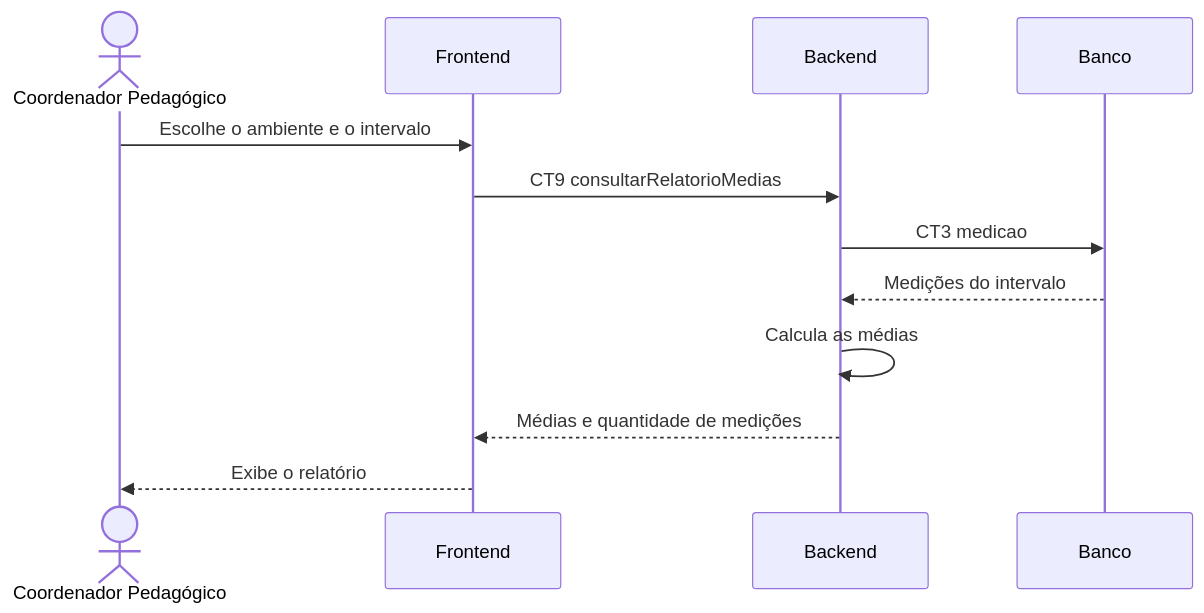
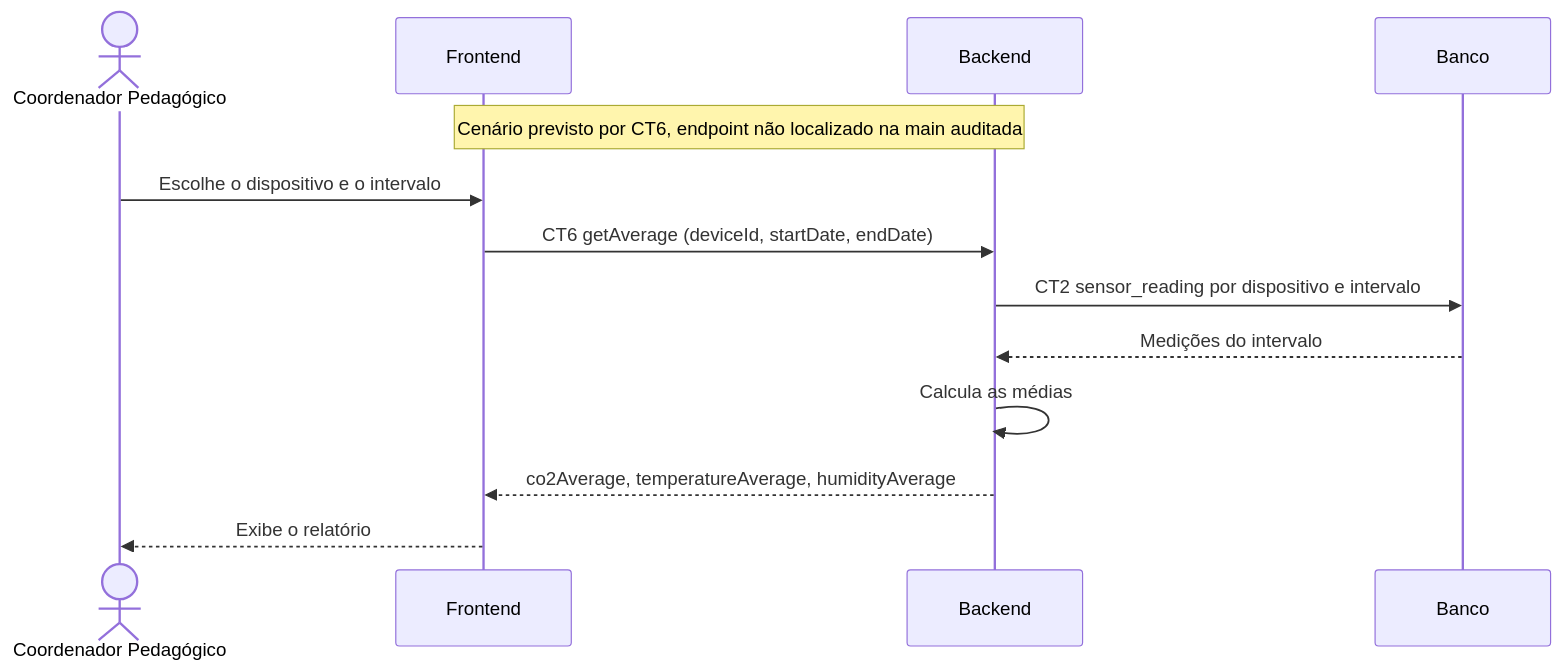
One commit to VitorBergantin/pi4-0102-g9 changed the diagram in docs/fluxos/E7-relatorios-de-medicoes.md. Above: the diagram before and after it, drawn with Mermaid. The commit also changed other lines of this file and 6 other files, not shown here.

````diff
--- a/docs/fluxos/E7-relatorios-de-medicoes.md
+++ b/docs/fluxos/E7-relatorios-de-medicoes.md
@@ -17,14 +19,15 @@
 ```mermaid
 sequenceDiagram
     actor Coordenador as Coordenador Pedagógico
     participant Frontend
     participant Backend
     participant Banco
-    Coordenador->>Frontend: Escolhe o ambiente e o intervalo
-    Frontend->>Backend: CT9 consultarRelatorioMedias
-    Backend->>Banco: CT3 medicao
+    Note over Frontend,Backend: Cenário previsto por CT6, endpoint não localizado na main auditada
+    Coordenador->>Frontend: Escolhe o dispositivo e o intervalo
+    Frontend->>Backend: CT6 getAverage (deviceId, startDate, endDate)
+    Backend->>Banco: CT2 sensor_reading por dispositivo e intervalo
     Banco-->>Backend: Medições do intervalo
     Backend->>Backend: Calcula as médias
-    Backend-->>Frontend: Médias e quantidade de medições
+    Backend-->>Frontend: co2Average, temperatureAverage, humidityAverage
     Frontend-->>Coordenador: Exibe o relatório
 ```
````
